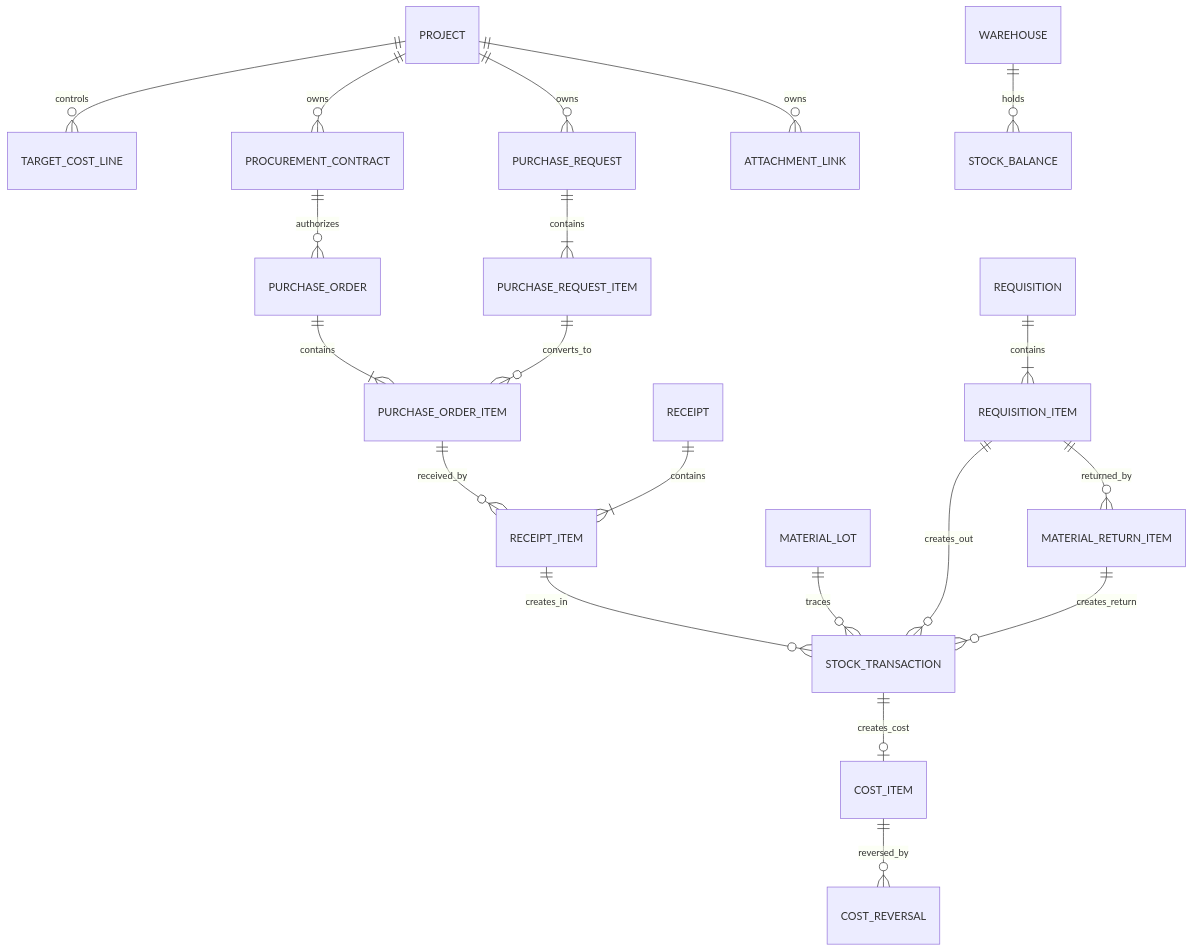
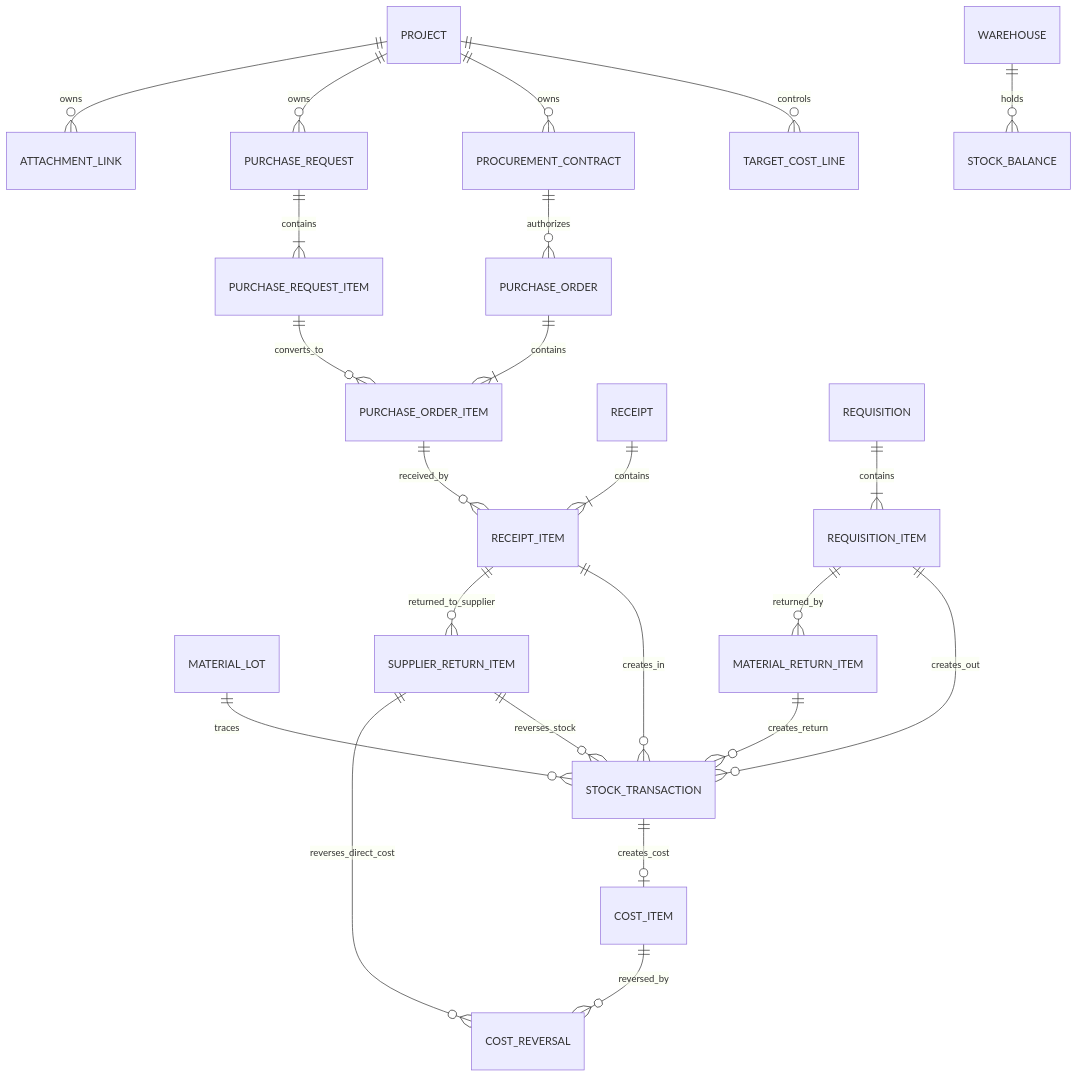
One commit to kismet84/cgc-pms changed the third of 3 diagrams in docs/business/project-procurement-receipt-inventory-requisition-cost-closed-loop.md. Above: the diagram before and after it, drawn with Mermaid. The commit also changed other lines of this file and 64 other files, not shown here.

Commit message:
feat(procurement): close procurement integrity and supplier return loop

````diff
--- a/docs/business/project-procurement-receipt-inventory-requisition-cost-closed-loop.md
+++ b/docs/business/project-procurement-receipt-inventory-requisition-cost-closed-loop.md
@@ -213,22 +218,25 @@
 ```mermaid
 erDiagram
     PROJECT ||--o{ TARGET_COST_LINE : controls
     PROJECT ||--o{ PROCUREMENT_CONTRACT : owns
     PROJECT ||--o{ PURCHASE_REQUEST : owns
     PURCHASE_REQUEST ||--|{ PURCHASE_REQUEST_ITEM : contains
     PURCHASE_REQUEST_ITEM ||--o{ PURCHASE_ORDER_ITEM : converts_to
     PURCHASE_ORDER ||--|{ PURCHASE_ORDER_ITEM : contains
     PROCUREMENT_CONTRACT ||--o{ PURCHASE_ORDER : authorizes
     PURCHASE_ORDER_ITEM ||--o{ RECEIPT_ITEM : received_by
     RECEIPT ||--|{ RECEIPT_ITEM : contains
     WAREHOUSE ||--o{ STOCK_BALANCE : holds
     RECEIPT_ITEM ||--o{ STOCK_TRANSACTION : creates_in
     MATERIAL_LOT ||--o{ STOCK_TRANSACTION : traces
     REQUISITION ||--|{ REQUISITION_ITEM : contains
     REQUISITION_ITEM ||--o{ STOCK_TRANSACTION : creates_out
     STOCK_TRANSACTION ||--o| COST_ITEM : creates_cost
     REQUISITION_ITEM ||--o{ MATERIAL_RETURN_ITEM : returned_by
     MATERIAL_RETURN_ITEM ||--o{ STOCK_TRANSACTION : creates_return
+    RECEIPT_ITEM ||--o{ SUPPLIER_RETURN_ITEM : returned_to_supplier
+    SUPPLIER_RETURN_ITEM ||--o{ STOCK_TRANSACTION : reverses_stock
+    SUPPLIER_RETURN_ITEM ||--o{ COST_REVERSAL : reverses_direct_cost
     COST_ITEM ||--o{ COST_REVERSAL : reversed_by
     PROJECT ||--o{ ATTACHMENT_LINK : owns
 ```
````
